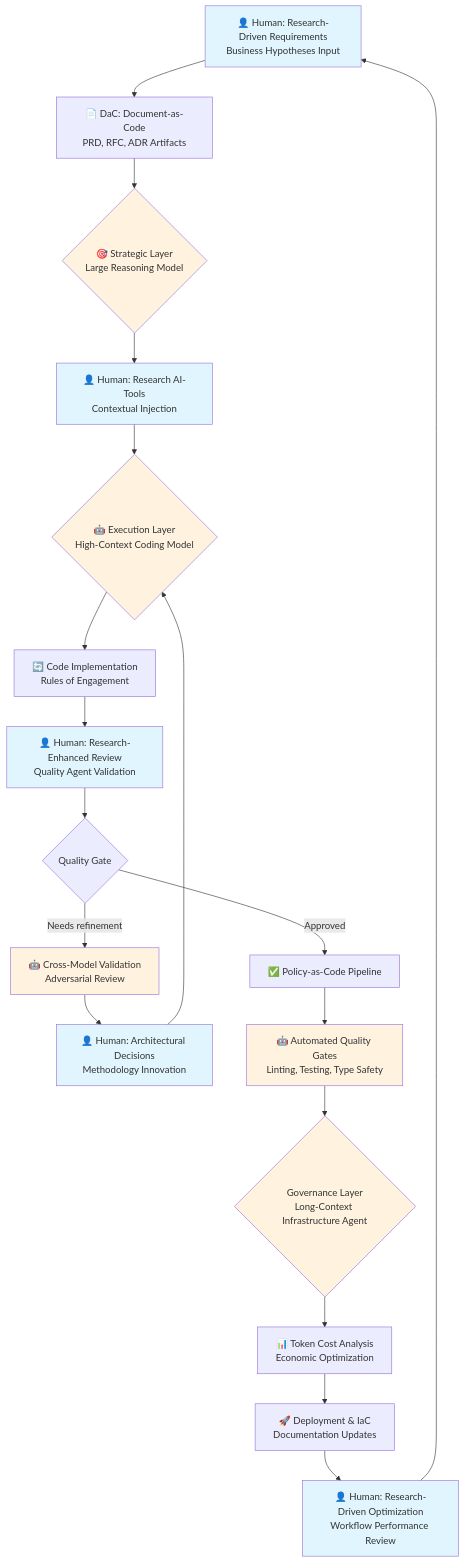
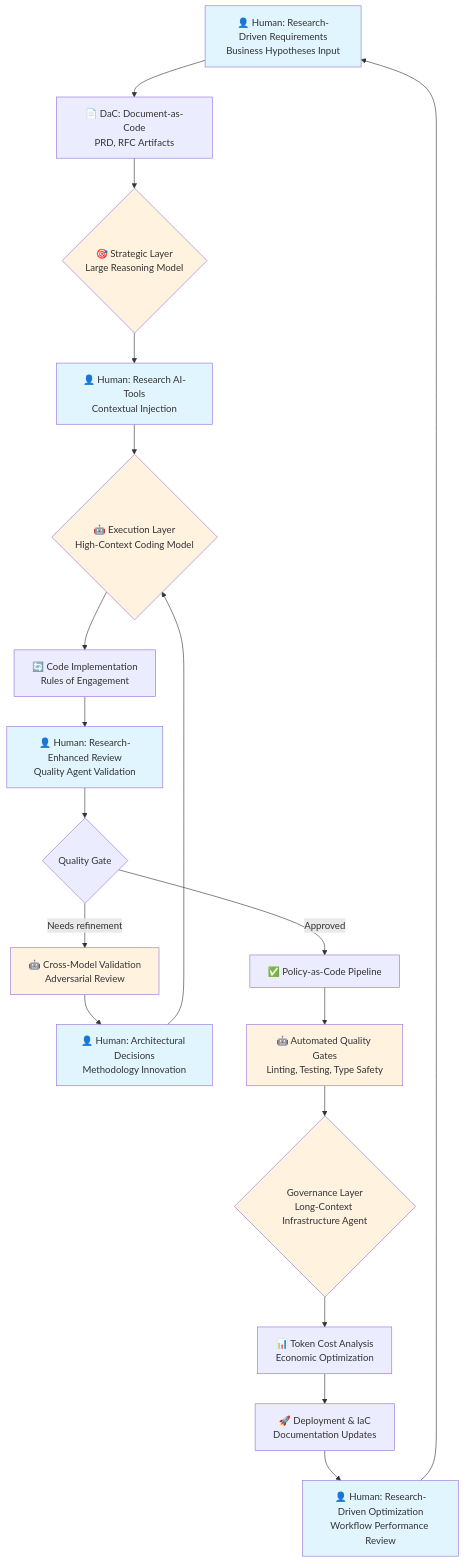
Before and after one commit to GabrielAmazonas/raise: the diagram in README.md, drawn with Mermaid. The commit also changed other lines of this file and 1 other file, not shown here.

````diff
--- a/README.md
+++ b/README.md
@@ -67,38 +67,38 @@
 ```mermaid
 flowchart TD
-    A[👤 Human: Research-Driven Requirements<br/>Business Hypotheses Input] --> DaC[📄 DaC: Document-as-Code<br/>PRD, RFC, ADR Artifacts]
+    A[👤 Human: Research-Driven Requirements<br/>Business Hypotheses Input] --> DaC[📄 DaC: Document-as-Code<br/>PRD, RFC Artifacts]
     DaC --> B{🎯 Strategic Layer<br/>Large Reasoning Model}
 
     B --> C[👤 Human: Research AI-Tools<br/>Contextual Injection]
     C --> D{🤖 Execution Layer<br/>High-Context Coding Model}
 
     D --> E[🔄 Code Implementation<br/>Rules of Engagement]
     E --> F[👤 Human: Research-Enhanced Review<br/>Quality Agent Validation]
 
     F --> G{Quality Gate}
     G -->|Needs refinement| H[🤖 Cross-Model Validation<br/>Adversarial Review]
     H --> I[👤 Human: Architectural Decisions<br/>Methodology Innovation]
     I --> D
 
     G -->|Approved| J[✅ Policy-as-Code Pipeline]
     J --> K[🤖 Automated Quality Gates<br/>Linting, Testing, Type Safety]
 
     K --> L{Governance Layer<br/>Long-Context Infrastructure Agent}
     L --> M[📊 Token Cost Analysis<br/>Economic Optimization]
     M --> N[🚀 Deployment & IaC<br/>Documentation Updates]
 
     N --> O[👤 Human: Research-Driven Optimization<br/>Workflow Performance Review]
     O --> A
 
     style A fill:#e1f5fe
     style C fill:#e1f5fe
     style F fill:#e1f5fe
     style I fill:#e1f5fe
     style O fill:#e1f5fe
 
     style B fill:#fff3e0
     style D fill:#fff3e0
     style H fill:#fff3e0
     style K fill:#fff3e0
     style L fill:#fff3e0
 ```
````
